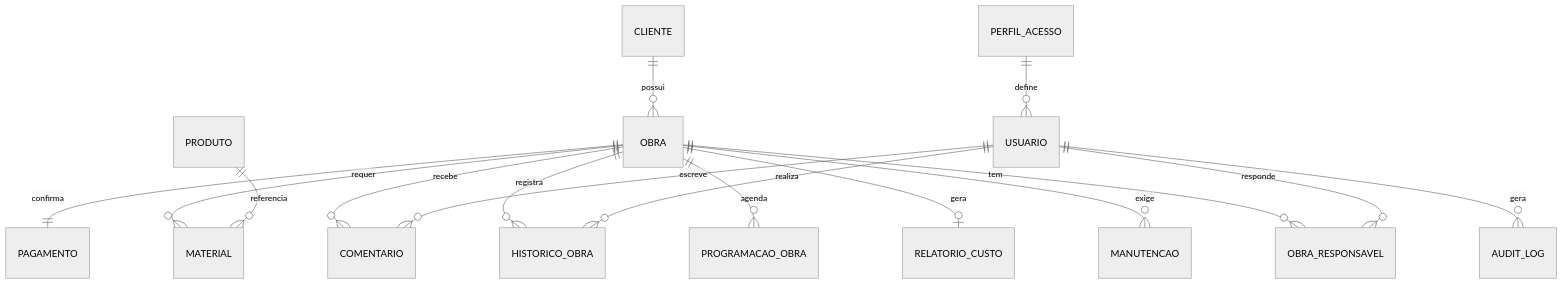
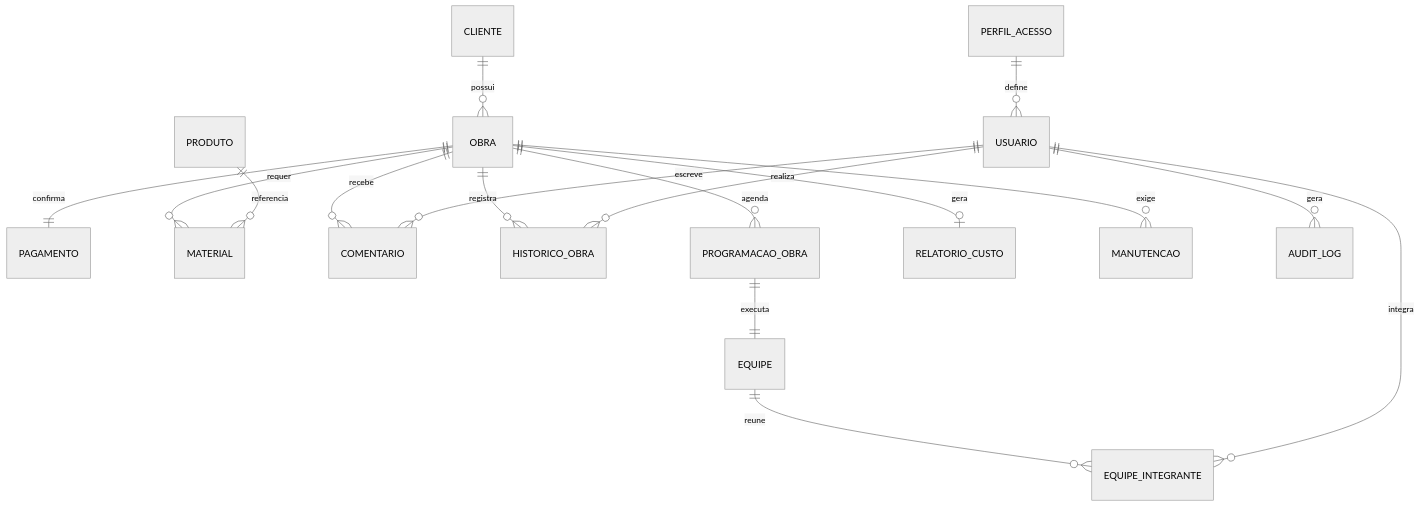
One commit to r7melo/pi4-2026-2-equipe-5 changed the diagram in docs/Requisitos/06-modelo-dados.md. Above: the diagram before and after it, drawn with Mermaid (neutral theme). The commit also changed other lines of this file and 14 other files, not shown here.

````diff
--- a/docs/Requisitos/06-modelo-dados.md
+++ b/docs/Requisitos/06-modelo-dados.md
@@ -188,18 +203,19 @@
 ```mermaid
 erDiagram
   CLIENTE ||--o{ OBRA : possui
   OBRA ||--|| PAGAMENTO : confirma
   OBRA ||--o{ MATERIAL : requer
   OBRA ||--o{ COMENTARIO : recebe
   OBRA ||--o{ HISTORICO_OBRA : registra
   OBRA ||--o{ PROGRAMACAO_OBRA : agenda
   OBRA ||--o| RELATORIO_CUSTO : gera
   OBRA ||--o{ MANUTENCAO : exige
-  OBRA ||--o{ OBRA_RESPONSAVEL : tem
-  USUARIO ||--o{ OBRA_RESPONSAVEL : responde
+  PROGRAMACAO_OBRA ||--|| EQUIPE : executa
+  EQUIPE ||--o{ EQUIPE_INTEGRANTE : reune
+  USUARIO ||--o{ EQUIPE_INTEGRANTE : integra
   PRODUTO ||--o{ MATERIAL : referencia
   PERFIL_ACESSO ||--o{ USUARIO : define
   USUARIO ||--o{ COMENTARIO : escreve
   USUARIO ||--o{ HISTORICO_OBRA : realiza
   USUARIO ||--o{ AUDIT_LOG : gera
 ```
````
